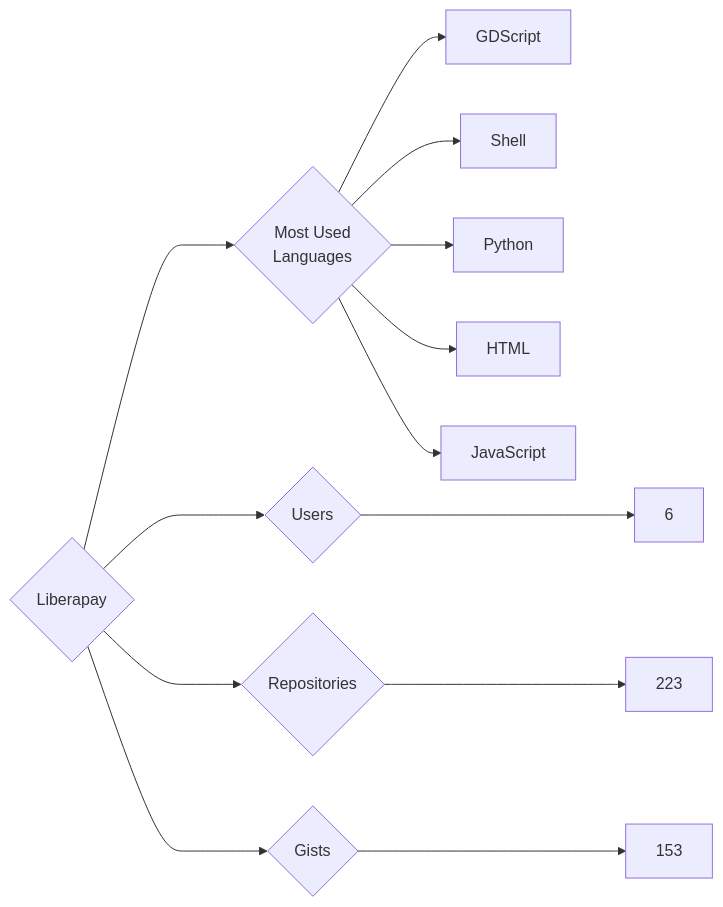
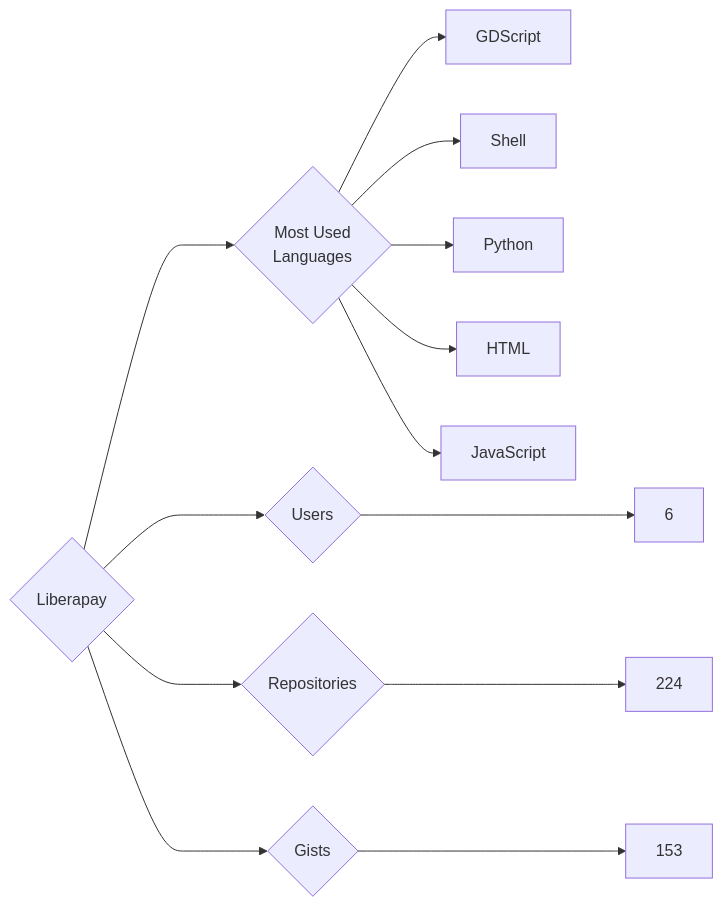
The diagram in targets/Liberapay/README.md (trickest/insiders), drawn with Mermaid before and after one commit. The commit also changed 815 other files, not shown here.

````diff
--- a/targets/Liberapay/README.md
+++ b/targets/Liberapay/README.md
@@ -3,13 +3,13 @@
 ```mermaid
 graph LR
 COMPANY_NAME{Liberapay}
 COMPANY_NAME ---> U{Users} ---> UN[6]
-COMPANY_NAME ---> R{Repositories} ---> RN[223]
+COMPANY_NAME ---> R{Repositories} ---> RN[224]
 COMPANY_NAME ---> G{Gists} ---> GN[153]
 COMPANY_NAME ---> ML{Most Used<br>Languages}
 ML --> GDScript[GDScript]
 ML --> Shell[Shell]
 ML --> Python[Python]
 ML --> HTML[HTML]
 ML --> JavaScript[JavaScript]
 ```
````
